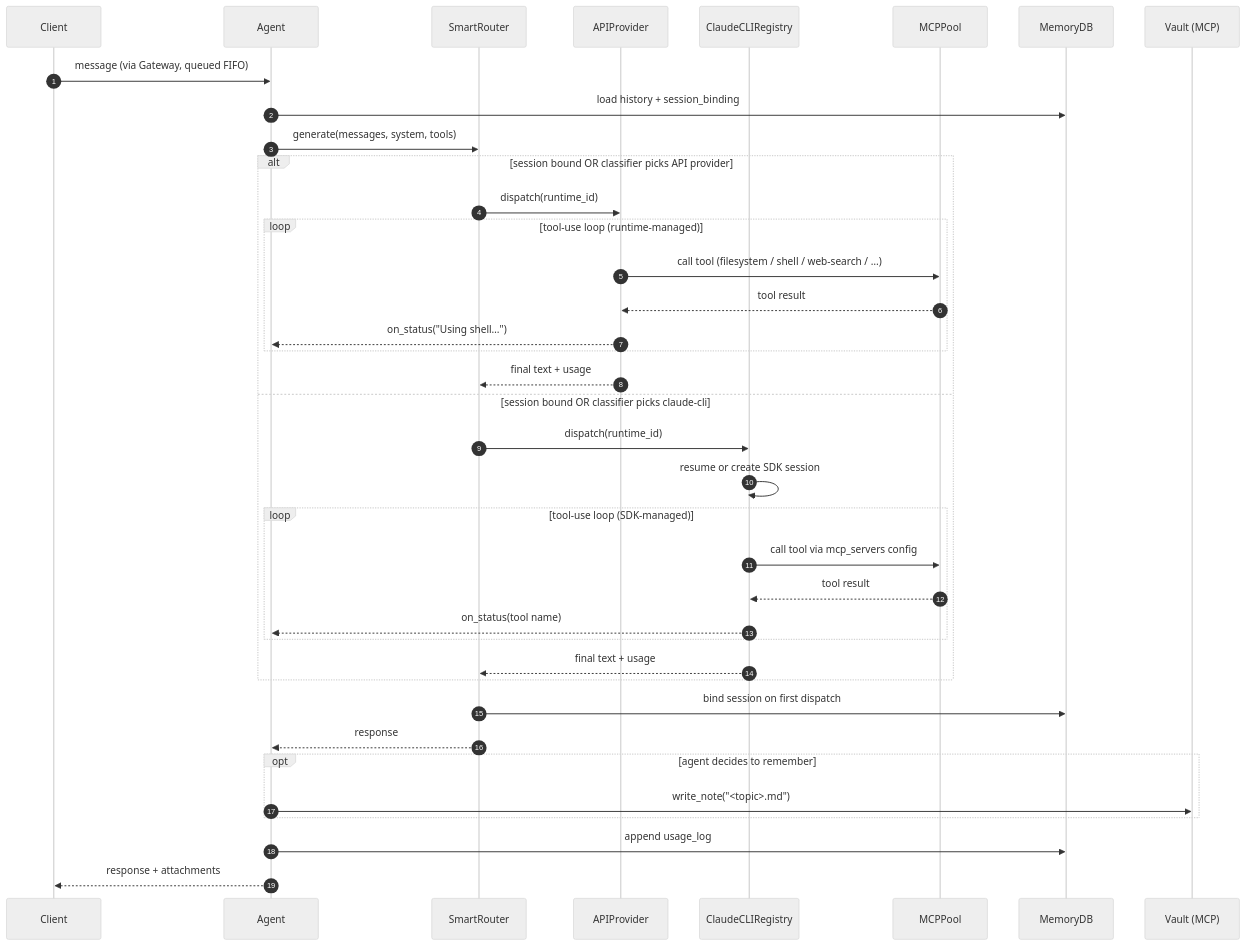
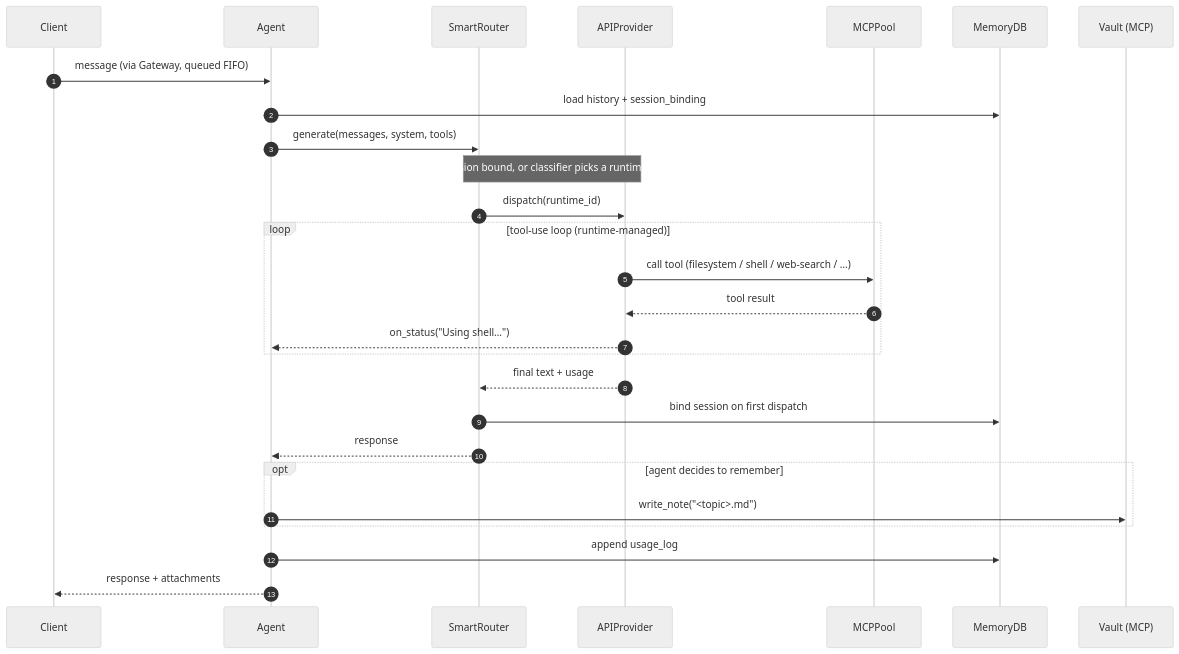
The second of 9 diagrams in guide/architecture.md (openagent-uno/openagent-docs), drawn with Mermaid (neutral theme) before and after one commit. The commit also changed other lines of this file and 4 other files, not shown here.

First line of the commit message:
Drop claude-cli/codex from the docs

````diff
--- a/guide/architecture.md
+++ b/guide/architecture.md
@@ -61,43 +60,32 @@
 ```mermaid
 sequenceDiagram
     autonumber
     participant C as Client
     participant A as Agent
     participant R as SmartRouter
     participant AG as APIProvider
-    participant CC as ClaudeCLIRegistry
     participant P as MCPPool
     participant DB as MemoryDB
     participant V as Vault (MCP)
 
     C->>A: message (via Gateway, queued FIFO)
     A->>DB: load history + session_binding
     A->>R: generate(messages, system, tools)
 
-    alt session bound OR classifier picks API provider
-        R->>AG: dispatch(runtime_id)
-        loop tool-use loop (runtime-managed)
-            AG->>P: call tool (filesystem / shell / web-search / …)
-            P-->>AG: tool result
-            AG-->>A: on_status("Using shell…")
-        end
-        AG-->>R: final text + usage
-    else session bound OR classifier picks claude-cli
-        R->>CC: dispatch(runtime_id)
-        CC->>CC: resume or create SDK session
-        loop tool-use loop (SDK-managed)
-            CC->>P: call tool via mcp_servers config
-            P-->>CC: tool result
-            CC-->>A: on_status(tool name)
-        end
-        CC-->>R: final text + usage
+    Note over R,AG: session bound, or classifier picks a runtime_id
+    R->>AG: dispatch(runtime_id)
+    loop tool-use loop (runtime-managed)
+        AG->>P: call tool (filesystem / shell / web-search / …)
+        P-->>AG: tool result
+        AG-->>A: on_status("Using shell…")
     end
+    AG-->>R: final text + usage
 
     R->>DB: bind session on first dispatch
     R-->>A: response
     opt agent decides to remember
         A->>V: write_note("<topic>.md")
     end
     A->>DB: append usage_log
     A-->>C: response + attachments
 ```
````
